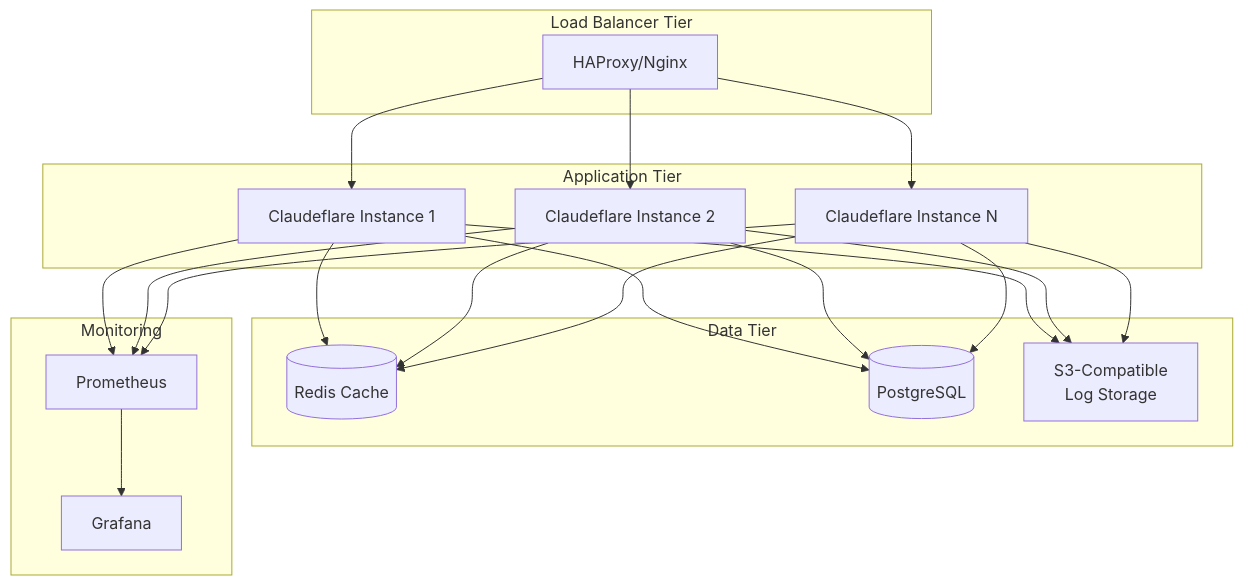
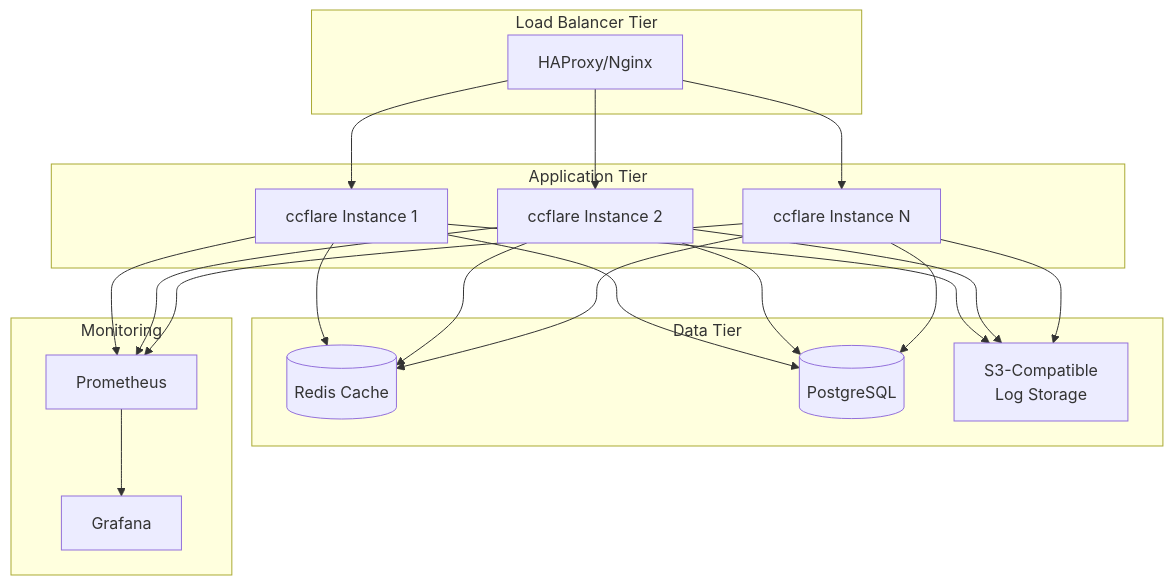
Before and after one commit to tombii/better-ccflare: diagram 17 of 17 in docs/architecture.md, drawn with Mermaid. The commit also changed other lines of this file and 141 other files, not shown here.

First line of the commit message:
refactor(core): rename Claudeflare to ccflare across repo

````diff
--- a/docs/architecture.md
+++ b/docs/architecture.md
@@ -945,45 +945,45 @@
 ```mermaid
 graph TB
     subgraph "Load Balancer Tier"
         LB1[HAProxy/Nginx]
     end
     
     subgraph "Application Tier"
-        APP1[Claudeflare Instance 1]
-        APP2[Claudeflare Instance 2]
-        APP3[Claudeflare Instance N]
+        APP1[ccflare Instance 1]
+        APP2[ccflare Instance 2]
+        APP3[ccflare Instance N]
     end
     
     subgraph "Data Tier"
         REDIS[(Redis Cache)]
         PG[(PostgreSQL)]
         S3[S3-Compatible<br/>Log Storage]
     end
     
     subgraph "Monitoring"
         PROM[Prometheus]
         GRAF[Grafana]
     end
     
     LB1 --> APP1
     LB1 --> APP2
     LB1 --> APP3
     
     APP1 --> REDIS
     APP2 --> REDIS
     APP3 --> REDIS
     
     APP1 --> PG
     APP2 --> PG
     APP3 --> PG
     
     APP1 --> S3
     APP2 --> S3
     APP3 --> S3
     
     APP1 --> PROM
     APP2 --> PROM
     APP3 --> PROM
     
     PROM --> GRAF
 ```
````
